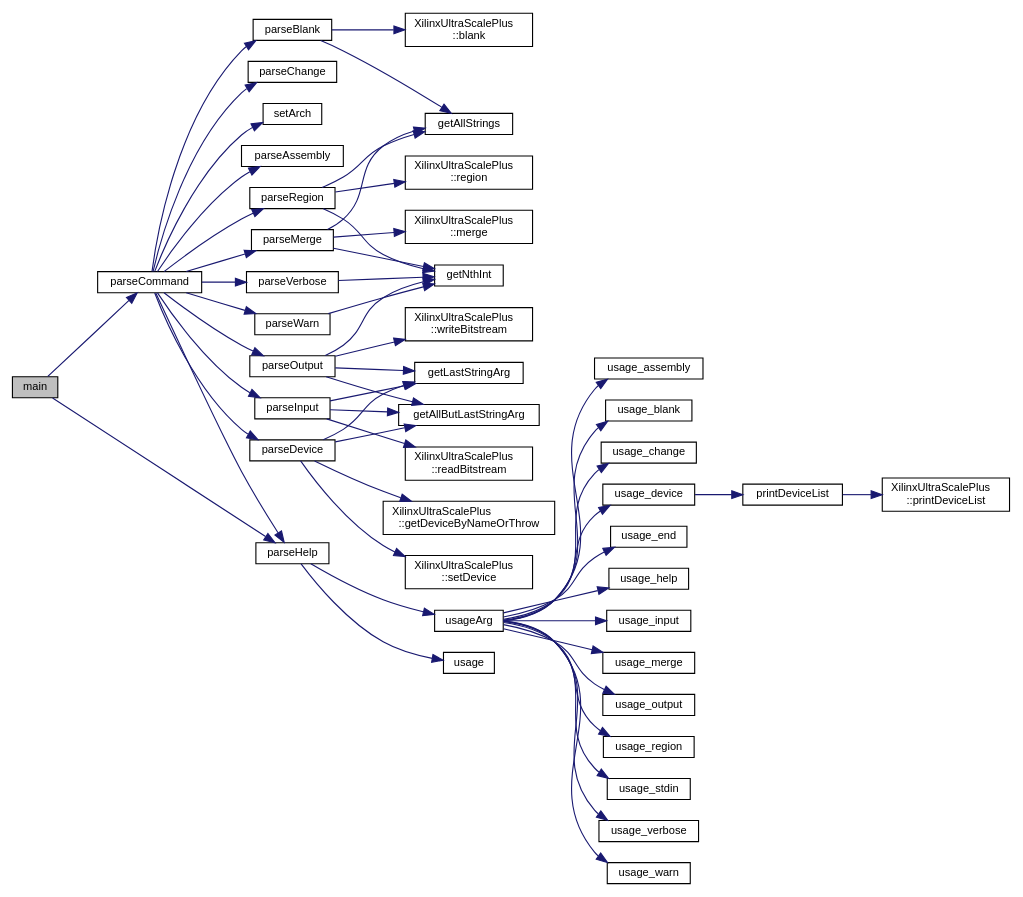
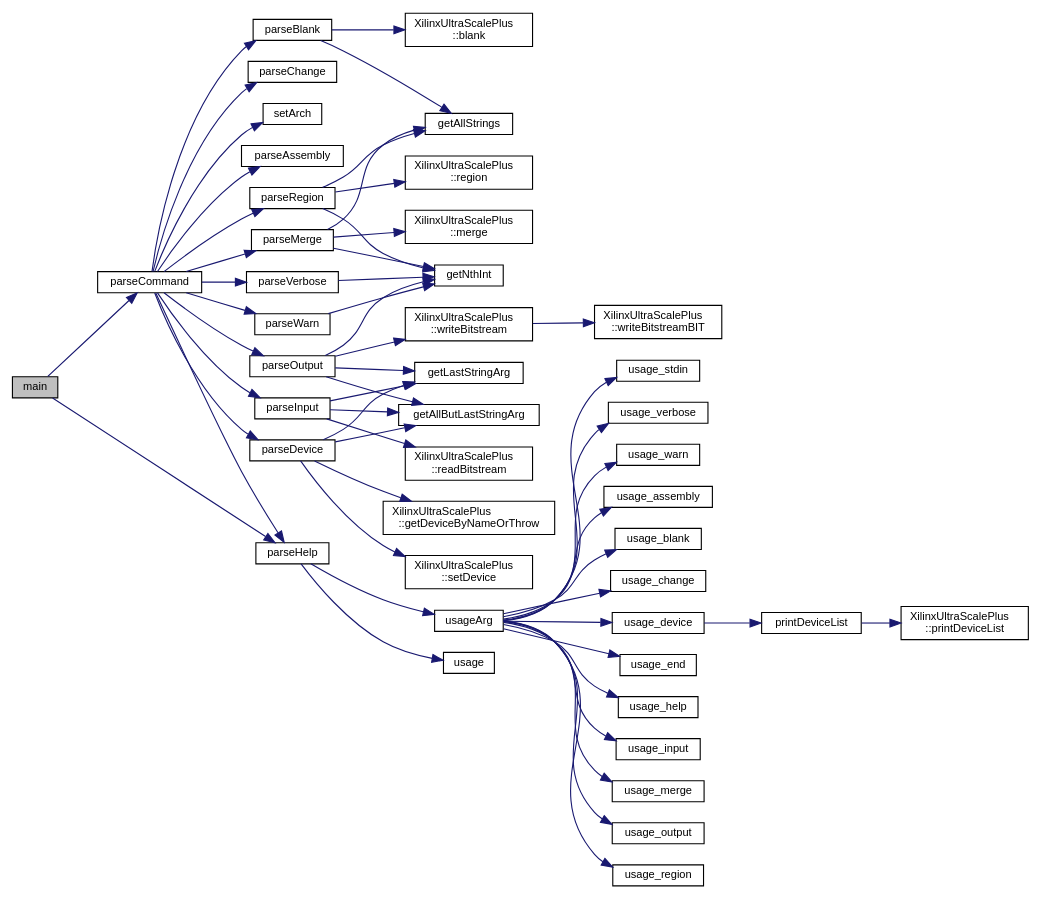
One commit to FPGA-Research-Manchester/byteman changed the diagram in byteman_8cpp_a0ddf1224851353fc92bfbff6f499fa97_cgraph.dot. Above: the diagram before and after it, drawn with Graphviz. The commit also changed 92 other files, not shown here.

```diff
--- a/byteman_8cpp_a0ddf1224851353fc92bfbff6f499fa97_cgraph.dot
+++ b/byteman_8cpp_a0ddf1224851353fc92bfbff6f499fa97_cgraph.dot
@@ -84,19 +84,21 @@
   Node36 -> Node34 [color="midnightblue",fontsize="10",style="solid",fontname="Helvetica"];
   Node36 -> Node37 [color="midnightblue",fontsize="10",style="solid",fontname="Helvetica"];
   Node37 [label="XilinxUltraScalePlus\l::writeBitstream",height=0.2,width=0.4,color="black", fillcolor="white", style="filled",URL="$classXilinxUltraScalePlus.html#aecdb65a64d91cb6bcc3a920ac6e55692",tooltip=" "];
-  Node2 -> Node38 [color="midnightblue",fontsize="10",style="solid",fontname="Helvetica"];
-  Node38 [label="parseRegion",height=0.2,width=0.4,color="black", fillcolor="white", style="filled",URL="$byteman_8cpp.html#a65e06ace3e66b81b8ec14ec72dae1830",tooltip=" "];
-  Node38 -> Node6 [color="midnightblue",fontsize="10",style="solid",fontname="Helvetica"];
-  Node38 -> Node34 [color="midnightblue",fontsize="10",style="solid",fontname="Helvetica"];
-  Node38 -> Node39 [color="midnightblue",fontsize="10",style="solid",fontname="Helvetica"];
-  Node39 [label="XilinxUltraScalePlus\l::region",height=0.2,width=0.4,color="black", fillcolor="white", style="filled",URL="$classXilinxUltraScalePlus.html#ab0f4022be98e6a142e5a9331e7ed79ea",tooltip=" "];
-  Node2 -> Node40 [color="midnightblue",fontsize="10",style="solid",fontname="Helvetica"];
-  Node40 [label="parseVerbose",height=0.2,width=0.4,color="black", fillcolor="white", style="filled",URL="$byteman_8cpp.html#acd26748fd11d0a0c11b892dbbb8dde7c",tooltip=" "];
-  Node40 -> Node34 [color="midnightblue",fontsize="10",style="solid",fontname="Helvetica"];
+  Node37 -> Node38 [color="midnightblue",fontsize="10",style="solid",fontname="Helvetica"];
+  Node38 [label="XilinxUltraScalePlus\l::writeBitstreamBIT",height=0.2,width=0.4,color="black", fillcolor="white", style="filled",URL="$classXilinxUltraScalePlus.html#a84674d061a521a9cf9a7e9ce3cb732e2",tooltip=" "];
+  Node2 -> Node39 [color="midnightblue",fontsize="10",style="solid",fontname="Helvetica"];
+  Node39 [label="parseRegion",height=0.2,width=0.4,color="black", fillcolor="white", style="filled",URL="$byteman_8cpp.html#a65e06ace3e66b81b8ec14ec72dae1830",tooltip=" "];
+  Node39 -> Node6 [color="midnightblue",fontsize="10",style="solid",fontname="Helvetica"];
+  Node39 -> Node34 [color="midnightblue",fontsize="10",style="solid",fontname="Helvetica"];
+  Node39 -> Node40 [color="midnightblue",fontsize="10",style="solid",fontname="Helvetica"];
+  Node40 [label="XilinxUltraScalePlus\l::region",height=0.2,width=0.4,color="black", fillcolor="white", style="filled",URL="$classXilinxUltraScalePlus.html#ab0f4022be98e6a142e5a9331e7ed79ea",tooltip=" "];
   Node2 -> Node41 [color="midnightblue",fontsize="10",style="solid",fontname="Helvetica"];
-  Node41 [label="parseWarn",height=0.2,width=0.4,color="black", fillcolor="white", style="filled",URL="$byteman_8cpp.html#a8f7be31e158a1af17d28b26fdcb8653d",tooltip=" "];
+  Node41 [label="parseVerbose",height=0.2,width=0.4,color="black", fillcolor="white", style="filled",URL="$byteman_8cpp.html#acd26748fd11d0a0c11b892dbbb8dde7c",tooltip=" "];
   Node41 -> Node34 [color="midnightblue",fontsize="10",style="solid",fontname="Helvetica"];
   Node2 -> Node42 [color="midnightblue",fontsize="10",style="solid",fontname="Helvetica"];
-  Node42 [label="setArch",height=0.2,width=0.4,color="black", fillcolor="white", style="filled",URL="$byteman_8cpp.html#a098d934d069c59b7087c186b8fae2ef6",tooltip=" "];
+  Node42 [label="parseWarn",height=0.2,width=0.4,color="black", fillcolor="white", style="filled",URL="$byteman_8cpp.html#a8f7be31e158a1af17d28b26fdcb8653d",tooltip=" "];
+  Node42 -> Node34 [color="midnightblue",fontsize="10",style="solid",fontname="Helvetica"];
+  Node2 -> Node43 [color="midnightblue",fontsize="10",style="solid",fontname="Helvetica"];
+  Node43 [label="setArch",height=0.2,width=0.4,color="black", fillcolor="white", style="filled",URL="$byteman_8cpp.html#a098d934d069c59b7087c186b8fae2ef6",tooltip=" "];
   Node1 -> Node13 [color="midnightblue",fontsize="10",style="solid",fontname="Helvetica"];
 }
```
